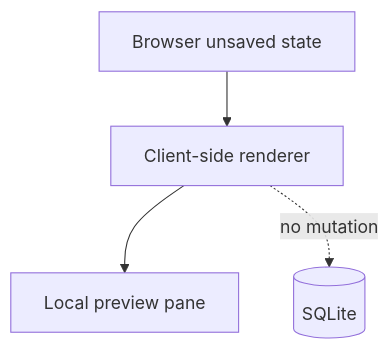
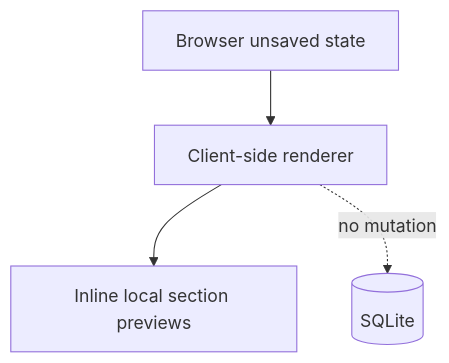
One commit to Natoandro/verso changed the sixth of 7 diagrams in docs/design/system.md. Above: the diagram before and after it, drawn with Mermaid. The commit also changed 2 other files, not shown here.

Commit message:
docs(editor): specify inline section preview workflow

````diff
--- a/docs/design/system.md
+++ b/docs/design/system.md
@@ -258,6 +258,6 @@
 ```mermaid
 flowchart TB
     state["Browser unsaved state"] --> renderer["Client-side renderer"]
-    renderer --> pane["Local preview pane"]
+    renderer --> inline["Inline local section previews"]
     renderer -. no mutation .-> sqlite[("SQLite")]
 ```
````
